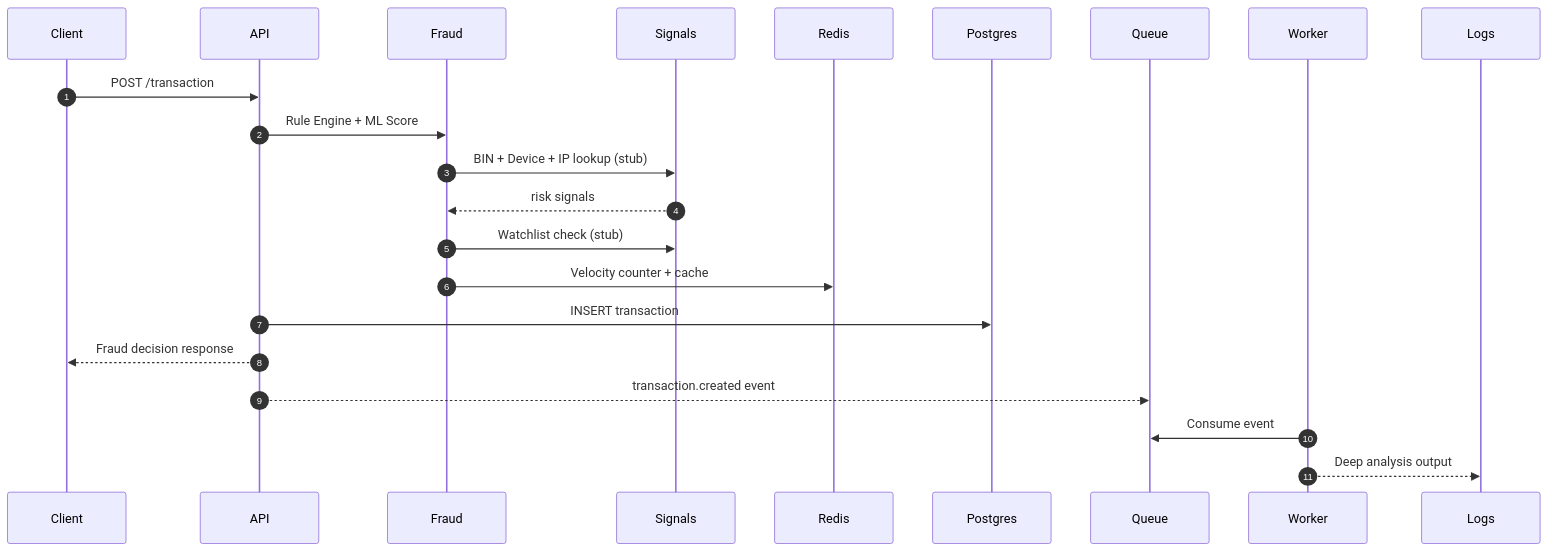
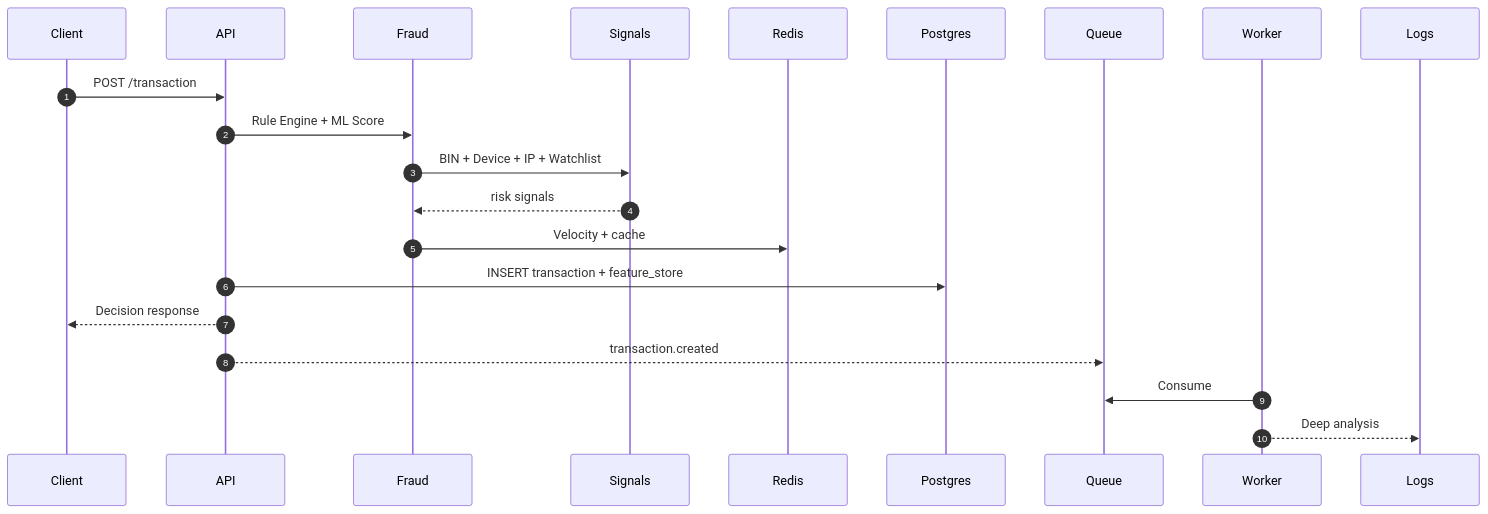
The second of 2 diagrams in README.md (Rakesh653/fraud-detection-system), drawn with Mermaid before and after one commit. The commit also changed other lines of this file, not shown here.

````diff
--- a/README.md
+++ b/README.md
@@ -25,15 +48,14 @@
 ```mermaid
 sequenceDiagram
   autonumber
   Client->>API: POST /transaction
   API->>Fraud: Rule Engine + ML Score
-  Fraud->>Signals: BIN + Device + IP lookup (stub)
+  Fraud->>Signals: BIN + Device + IP + Watchlist
   Signals-->>Fraud: risk signals
-  Fraud->>Signals: Watchlist check (stub)
-  Fraud->>Redis: Velocity counter + cache
-  API->>Postgres: INSERT transaction
-  API-->>Client: Fraud decision response
-  API-->>Queue: transaction.created event
-  Worker->>Queue: Consume event
-  Worker-->>Logs: Deep analysis output
+  Fraud->>Redis: Velocity + cache
+  API->>Postgres: INSERT transaction + feature_store
+  API-->>Client: Decision response
+  API-->>Queue: transaction.created
+  Worker->>Queue: Consume
+  Worker-->>Logs: Deep analysis
 ```
````
